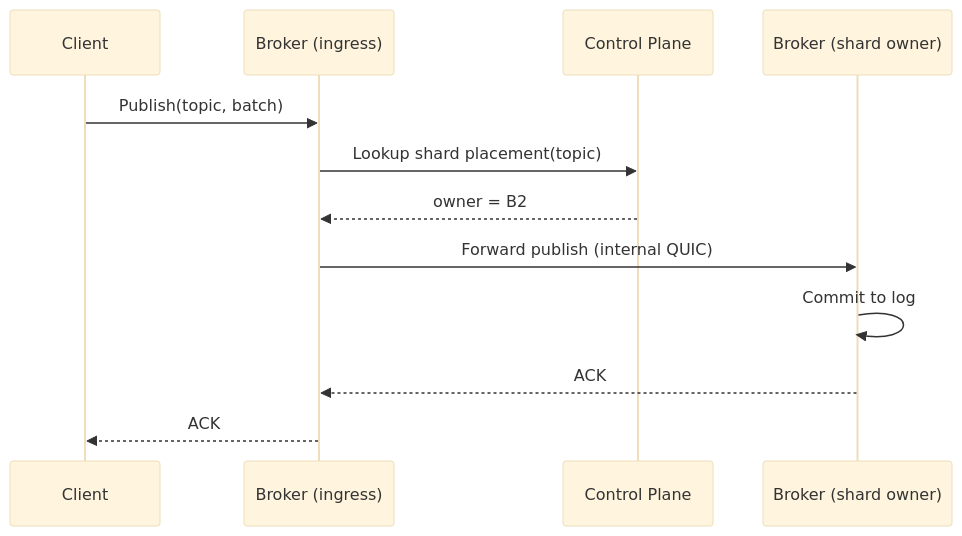
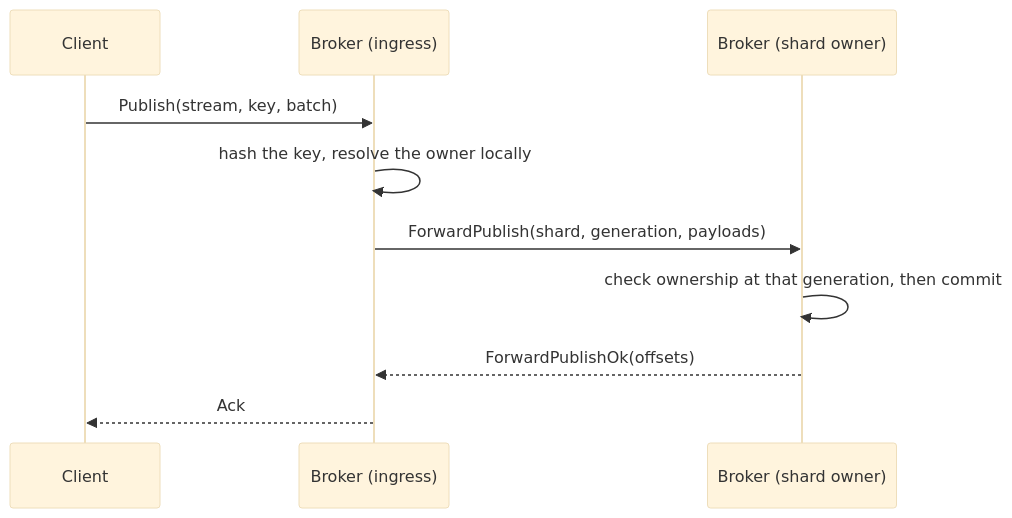
The third of 4 diagrams in docs-site/src/content/docs/architecture/system-design.md (gabloe/felix), drawn with Mermaid (base theme) before and after one commit. The commit also changed other lines of this file and 5 other files, not shown here.

Commit message:
Replace the architecture diagrams with one that is true (#303)

````diff
--- a/docs-site/src/content/docs/architecture/system-design.md
+++ b/docs-site/src/content/docs/architecture/system-design.md
@@ -225,15 +132,13 @@
 ```mermaid
 sequenceDiagram
     participant C as Client
     participant B1 as Broker (ingress)
-    participant CONTROLPLANE as Control Plane
     participant B2 as Broker (shard owner)
-    
-    C->>B1: Publish(topic, batch)
-    B1->>CONTROLPLANE: Lookup shard placement(topic)
-    CONTROLPLANE-->>B1: owner = B2
-    B1->>B2: Forward publish (internal QUIC)
-    B2->>B2: Commit to log
-    B2-->>B1: ACK
-    B1-->>C: ACK
+
+    C->>B1: Publish(stream, key, batch)
+    B1->>B1: hash the key, resolve the owner locally
+    B1->>B2: ForwardPublish(shard, generation, payloads)
+    B2->>B2: check ownership at that generation, then commit
+    B2-->>B1: ForwardPublishOk(offsets)
+    B1-->>C: Ack
 ```
````
